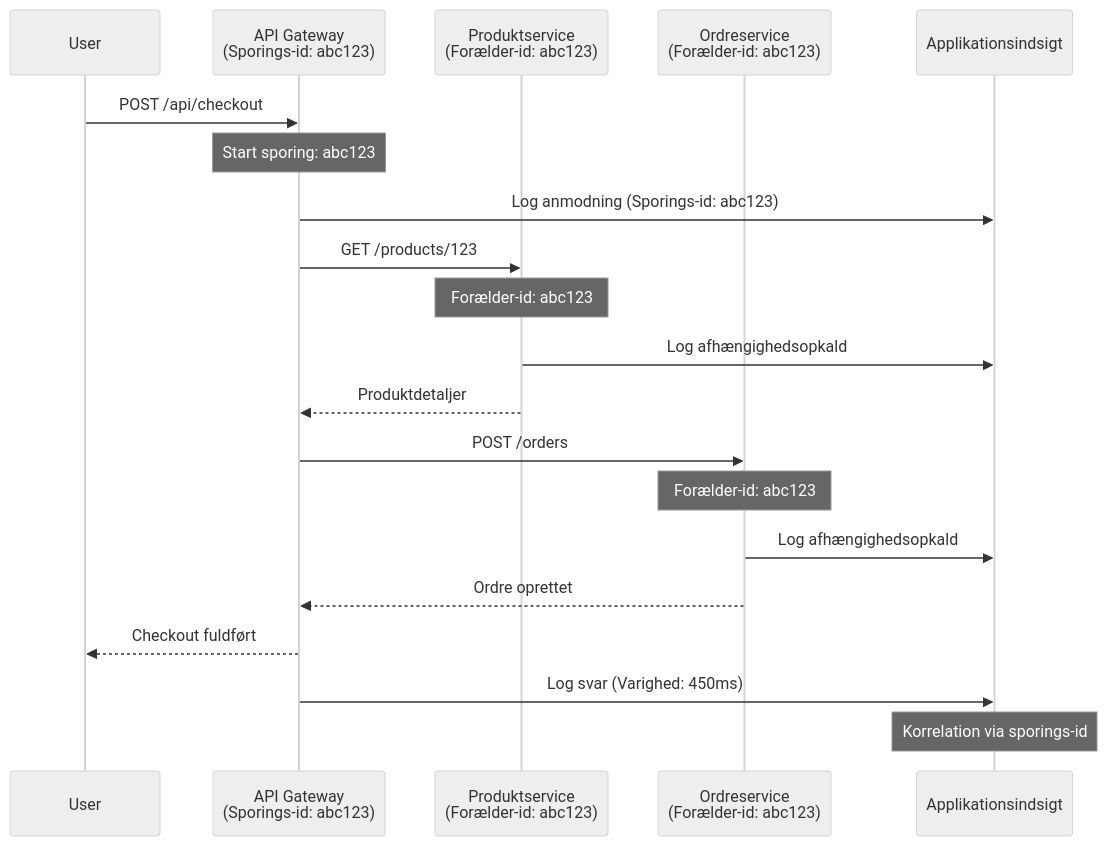
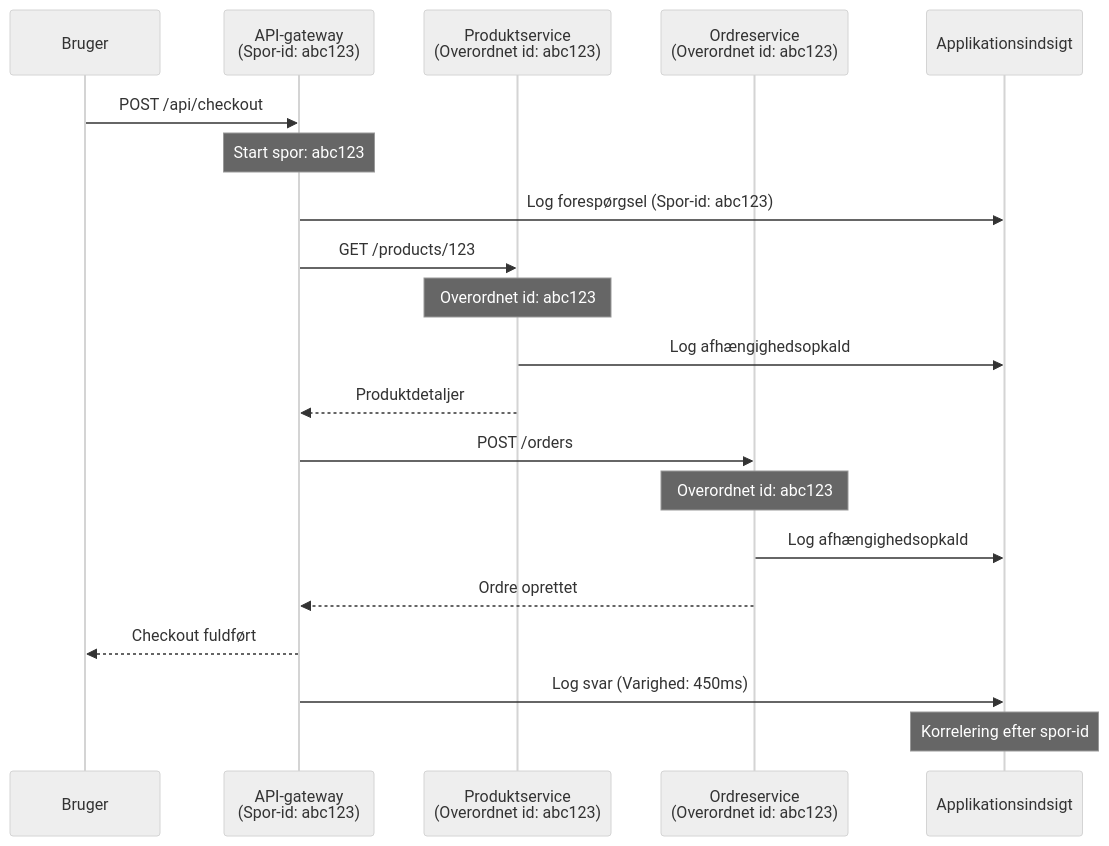
Before and after one commit to microsoft/AZD-for-beginners: the second of 2 diagrams in translations/da/docs/chapter-06-pre-deployment/application-insights.md, drawn with Mermaid (neutral theme). The commit also changed other lines of this file and 101 other files, not shown here.

````diff
--- a/translations/da/docs/chapter-06-pre-deployment/application-insights.md
+++ b/translations/da/docs/chapter-06-pre-deployment/application-insights.md
@@ -744,27 +744,27 @@
 ```mermaid
 sequenceDiagram
-    participant User
-    participant Gateway as API Gateway<br/>(Sporings-id: abc123)
-    participant Product as Produktservice<br/>(Forælder-id: abc123)
-    participant Order as Ordreservice<br/>(Forælder-id: abc123)
+    participant User as Bruger
+    participant Gateway as API-gateway<br/>(Spor-id: abc123)
+    participant Product as Produktservice<br/>(Overordnet id: abc123)
+    participant Order as Ordreservice<br/>(Overordnet id: abc123)
     participant AppInsights as Applikationsindsigt
     
     User->>Gateway: POST /api/checkout
-    Note over Gateway: Start sporing: abc123
-    Gateway->>AppInsights: Log anmodning (Sporings-id: abc123)
+    Note over Gateway: Start spor: abc123
+    Gateway->>AppInsights: Log forespørgsel (Spor-id: abc123)
     
     Gateway->>Product: GET /products/123
-    Note over Product: Forælder-id: abc123
+    Note over Product: Overordnet id: abc123
     Product->>AppInsights: Log afhængighedsopkald
     Product-->>Gateway: Produktdetaljer
     
     Gateway->>Order: POST /orders
-    Note over Order: Forælder-id: abc123
+    Note over Order: Overordnet id: abc123
     Order->>AppInsights: Log afhængighedsopkald
     Order-->>Gateway: Ordre oprettet
     
     Gateway-->>User: Checkout fuldført
     Gateway->>AppInsights: Log svar (Varighed: 450ms)
     
-    Note over AppInsights: Korrelation via sporings-id
+    Note over AppInsights: Korrelering efter spor-id
 ```
````
